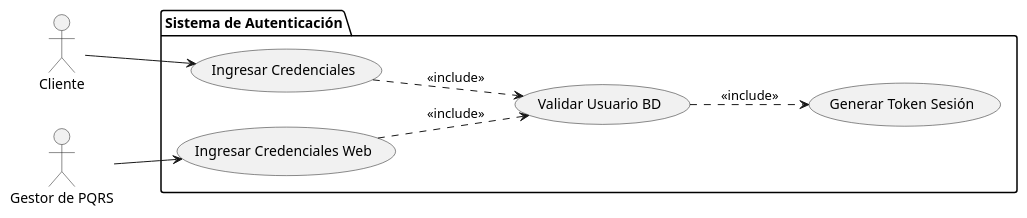
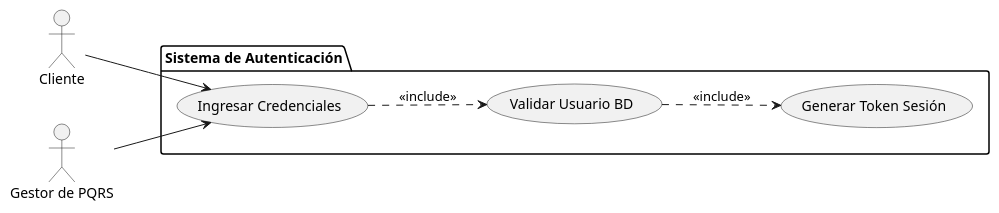
The diagram in Proyecto-Final/Casos-de-Uso/codigos-plantuml/CU-02-Autenticarse.puml (13rianVargas/Ingenieria-de-Software-1), drawn with PlantUML before and after one commit. The commit also changed 6 other files, not shown here.

First line of the commit message:
docs(casos-de-uso): refinar dependencias y flujos en diagramas UML

```diff
--- a/Proyecto-Final/Casos-de-Uso/codigos-plantuml/CU-02-Autenticarse.puml
+++ b/Proyecto-Final/Casos-de-Uso/codigos-plantuml/CU-02-Autenticarse.puml
@@ -1,19 +1,17 @@
 @startuml
 left to right direction
 actor "Cliente" as C
 actor "Gestor de PQRS" as G
 
 package "Sistema de Autenticación" {
   usecase "Ingresar Credenciales" as UC1
   usecase "Validar Usuario BD" as UC2
   usecase "Generar Token Sesión" as UC3
-  usecase "Ingresar Credenciales Web" as UC4
 }
 
 C --> UC1
 UC1 ..> UC2 : <<include>>
 UC2 ..> UC3 : <<include>>
 
-G --> UC4
-UC4 ..> UC2 : <<include>>
+G --> UC1
 @enduml
```
